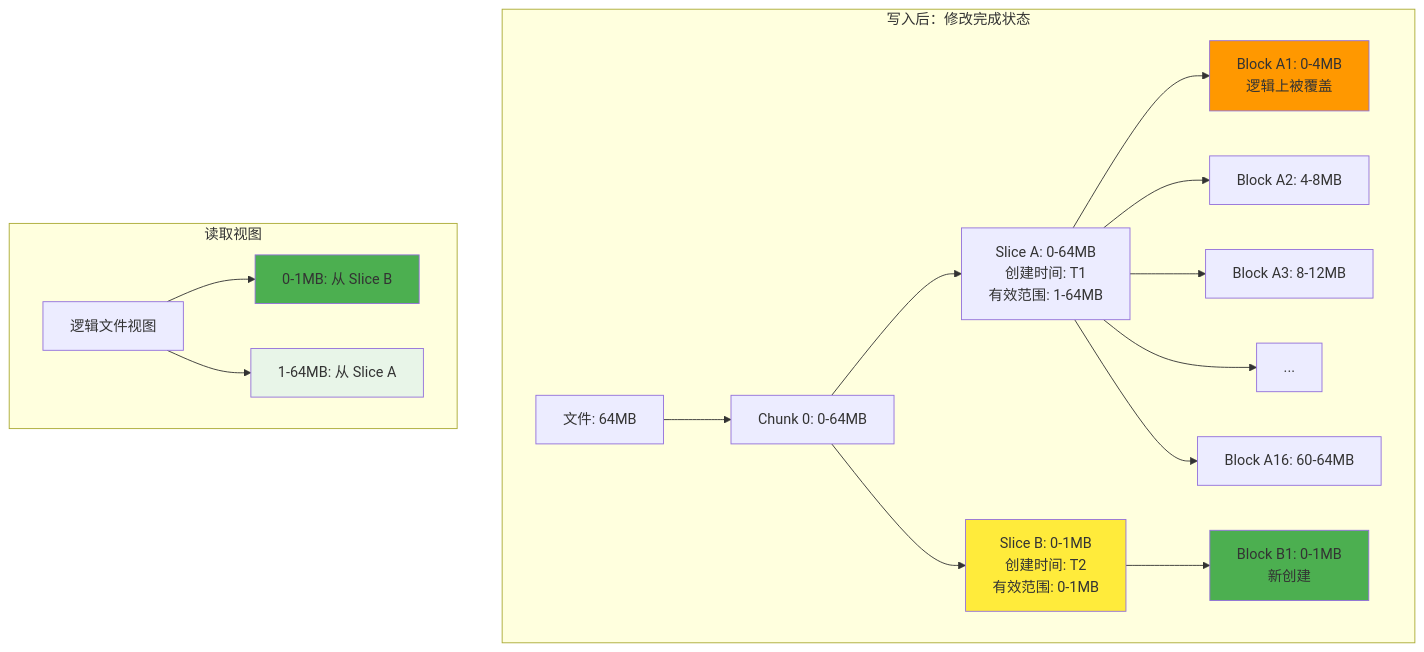
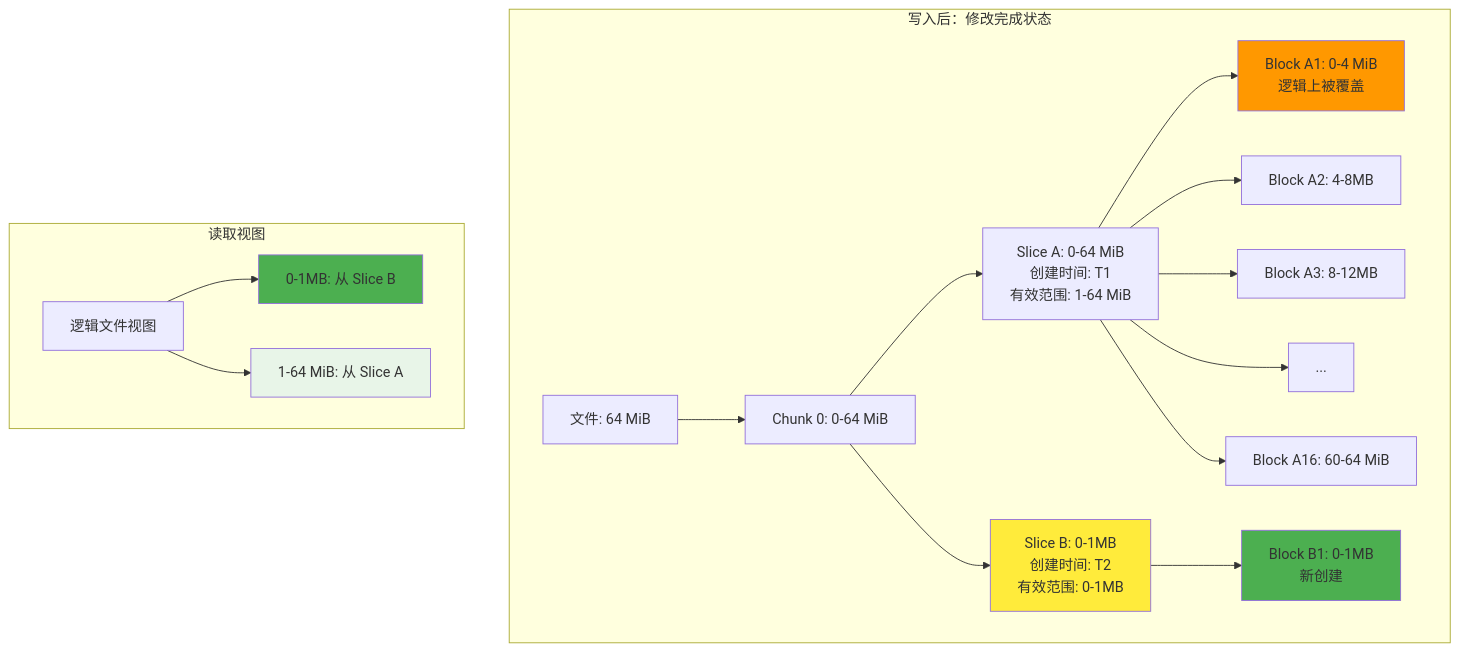
The fifth of 12 diagrams in 04_cloud_native_ai_platform/storage/juicefs/01_juicefs_file_modification_mechanism_analysis.md (ForceInjection/AI-fundamentals), drawn with Mermaid before and after one commit. The commit also changed other lines of this file and 26 other files, not shown here.

````diff
--- a/04_cloud_native_ai_platform/storage/juicefs/01_juicefs_file_modification_mechanism_analysis.md
+++ b/04_cloud_native_ai_platform/storage/juicefs/01_juicefs_file_modification_mechanism_analysis.md
@@ -308,28 +298,28 @@
 ```mermaid
 graph TD
     subgraph "写入后：修改完成状态"
-        A2[文件: 64MB] --> B2[Chunk 0: 0-64MB]
+        A2[文件: 64 MiB] --> B2[Chunk 0: 0-64 MiB]
         
-        B2 --> C2[Slice A: 0-64MB<br/>创建时间: T1<br/>有效范围: 1-64MB]
+        B2 --> C2[Slice A: 0-64 MiB<br/>创建时间: T1<br/>有效范围: 1-64 MiB]
         B2 --> C3[Slice B: 0-1MB<br/>创建时间: T2<br/>有效范围: 0-1MB]
         
-        C2 --> D7[Block A1: 0-4MB<br/>逻辑上被覆盖]
+        C2 --> D7[Block A1: 0-4 MiB<br/>逻辑上被覆盖]
         C2 --> D8[Block A2: 4-8MB]
         C2 --> D9[Block A3: 8-12MB]
         C2 --> D10[...]
-        C2 --> D11[Block A16: 60-64MB]
+        C2 --> D11[Block A16: 60-64 MiB]
         
         C3 --> E1[Block B1: 0-1MB<br/>新创建]
     end
     
     subgraph "读取视图"
         F1[逻辑文件视图] --> G1[0-1MB: 从 Slice B]
-        F1 --> G2[1-64MB: 从 Slice A]
+        F1 --> G2[1-64 MiB: 从 Slice A]
     end
     
     style C3 fill:#ffeb3b
     style E1 fill:#4caf50
     style D7 fill:#ff9800
     style G1 fill:#4caf50
     style G2 fill:#e8f5e8
 ```
````
